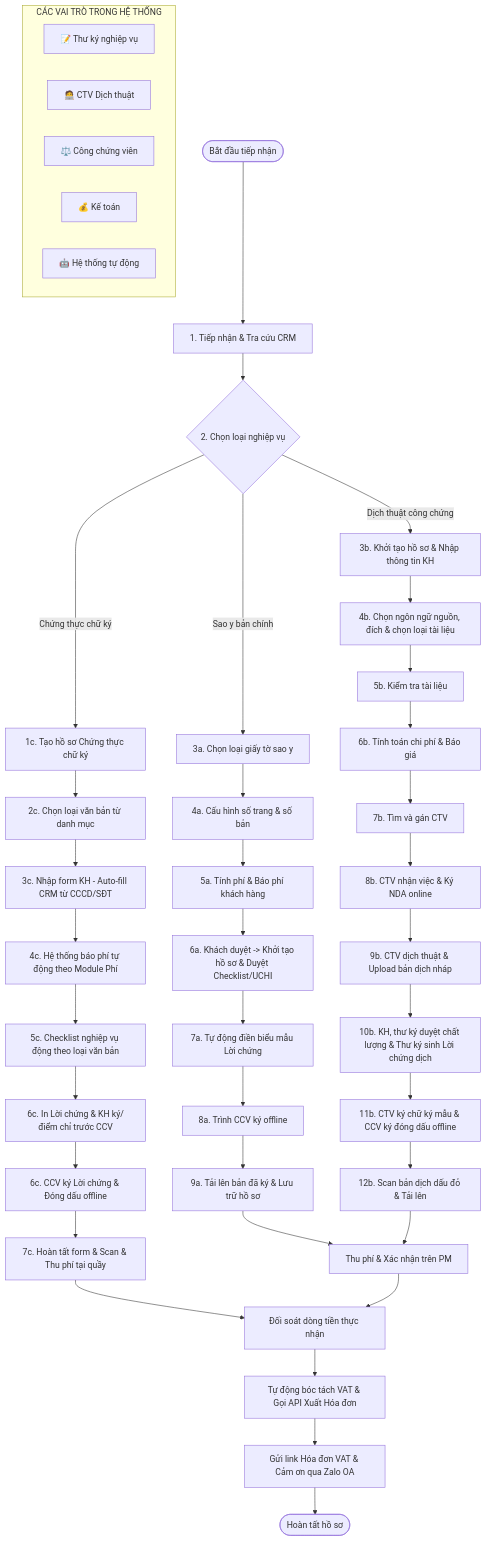
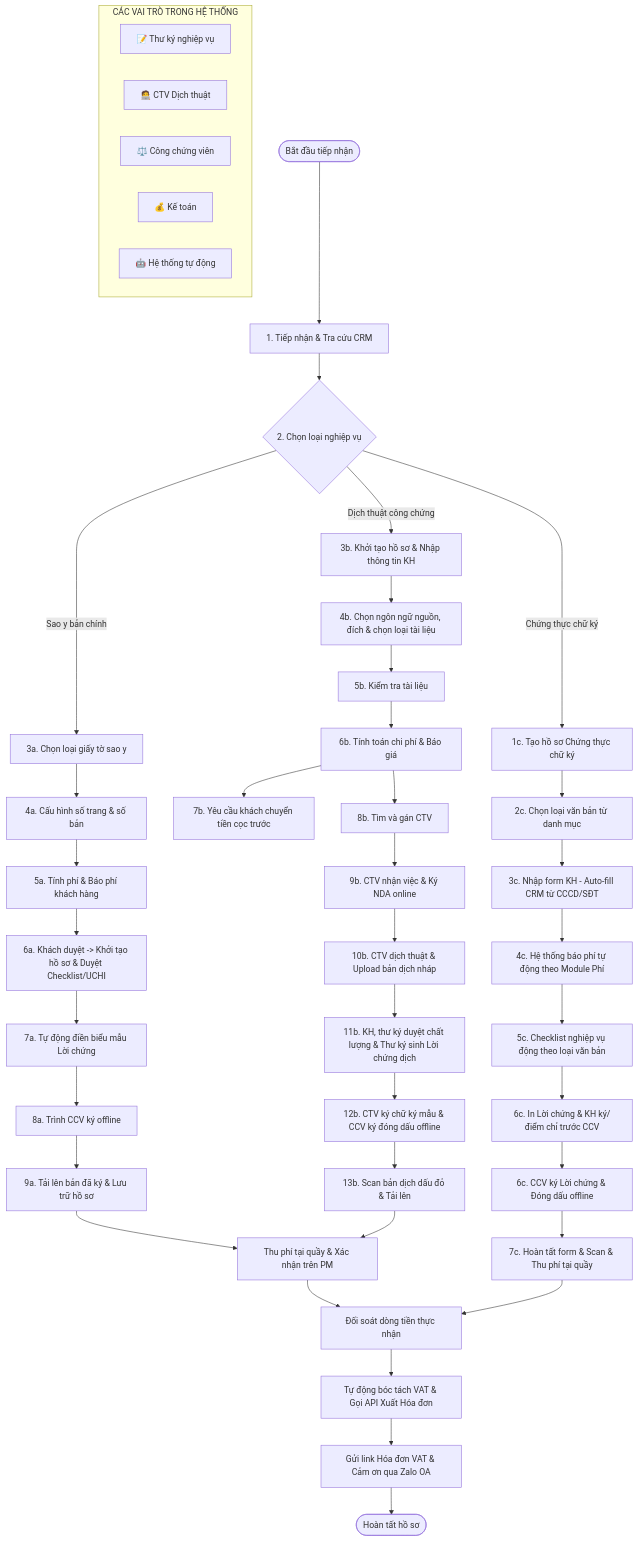
The eighth of 8 diagrams in docs/SRS_VPCC.md (MinhHoang22/SRS_VPCC), drawn with Mermaid before and after one commit.

Commit message:
duc-commit

````diff
--- a/docs/SRS_VPCC.md
+++ b/docs/SRS_VPCC.md
@@ -503,56 +503,57 @@
 ```mermaid
 flowchart TD
     subgraph Roles ["CÁC VAI TRÒ TRONG HỆ THỐNG"]
         direction LR
         R_Sec["📝 Thư ký nghiệp vụ"]
         R_CTV["🧑‍💻 CTV Dịch thuật"]
         R_CCV["⚖️ Công chứng viên"]
         R_Acc["💰 Kế toán"]
         R_Sys["🤖 Hệ thống tự động"]
     end
 
     %% General Workflow Sequence
     Start([Bắt đầu tiếp nhận]) --> Input[1. Tiếp nhận & Tra cứu CRM]
     Input --> ChooseBranch{2. Chọn loại nghiệp vụ}
 
     %% Branch 1: Sao y
     ChooseBranch -- Sao y bản chính --> SY_DocType[3a. Chọn loại giấy tờ sao y]
     SY_DocType --> SY_Config[4a. Cấu hình số trang & số bản]
     SY_Config --> SY_Calc[5a. Tính phí & Báo phí khách hàng]
     SY_Calc --> SY_Init[6a. Khách duyệt -> Khởi tạo hồ sơ & Duyệt Checklist/UCHI]
     SY_Init --> SY_Template[7a. Tự động điền biểu mẫu Lời chứng]
     SY_Template --> CCV_Sign_SY[8a. Trình CCV ký offline]
     CCV_Sign_SY --> SY_Scan[9a. Tải lên bản đã ký & Lưu trữ hồ sơ]
 
     %% Branch 2: Dịch thuật
     ChooseBranch -- Dịch thuật công chứng --> DT_Input[3b. Khởi tạo hồ sơ & Nhập thông tin KH]
     DT_Input --> DT_Config[4b. Chọn ngôn ngữ nguồn, đích & chọn loại tài liệu]
     DT_Config --> DT_CHECKLIST[5b. Kiểm tra tài liệu]
     DT_CHECKLIST --> DT_CALCULATE[6b. Tính toán chi phí & Báo giá]
-    DT_CALCULATE --> DT_SEARCH[7b. Tìm và gán CTV]
-    DT_SEARCH -->  DT_Assign[8b. CTV nhận việc & Ký NDA online]
-    DT_Assign --> DT_Translate[9b. CTV dịch thuật & Upload bản dịch nháp]
-    DT_Translate --> DT_Check[10b. KH, thư ký duyệt chất lượng & Thư ký sinh Lời chứng dịch]
-    DT_Check --> CTV_Sign_DT[11b. CTV ký chữ ký mẫu & CCV ký đóng dấu offline]
-    CTV_Sign_DT --> DT_Scan[12b. Scan bản dịch dấu đỏ & Tải lên]
+    DT_CALCULATE --> DT_DEPOSIT[7b. Yêu cầu khách chuyển tiền cọc trước]
+    DT_CALCULATE --> DT_SEARCH[8b. Tìm và gán CTV]
+    DT_SEARCH -->  DT_Assign[9b. CTV nhận việc & Ký NDA online]
+    DT_Assign --> DT_Translate[10b. CTV dịch thuật & Upload bản dịch nháp]
+    DT_Translate --> DT_Check[11b. KH, thư ký duyệt chất lượng & Thư ký sinh Lời chứng dịch]
+    DT_Check --> CTV_Sign_DT[12b. CTV ký chữ ký mẫu & CCV ký đóng dấu offline]
+    CTV_Sign_DT --> DT_Scan[13b. Scan bản dịch dấu đỏ & Tải lên]
 
     %% Branch 3: Chứng thực chữ ký (7 bước mới)
     ChooseBranch -- Chứng thực chữ ký --> CT_Create[1c. Tạo hồ sơ Chứng thực chữ ký]
     CT_Create --> CT_DocType[2c. Chọn loại văn bản từ danh mục]
     CT_DocType --> CT_CRM[3c. Nhập form KH - Auto-fill CRM từ CCCD/SĐT]
     CT_CRM --> CT_Fee[4c. Hệ thống báo phí tự động theo Module Phí]
     CT_Fee --> CT_Checklist[5c. Checklist nghiệp vụ động theo loại văn bản]
     CT_Checklist --> CT_Print[6c. In Lời chứng & KH ký/điểm chỉ trước CCV]
     CT_Print --> CCV_Sign_CT[6c. CCV ký Lời chứng & Đóng dấu offline]
     CCV_Sign_CT --> CT_Complete[7c. Hoàn tất form & Scan & Thu phí tại quầy]
 
     %% Common End Phase
-    SY_Scan --> CollectFee[Thu phí & Xác nhận trên PM]
+    SY_Scan --> CollectFee[Thu phí tại quầy & Xác nhận trên PM]
     DT_Scan --> CollectFee
     CT_Complete --> AccReconcile
 
     CollectFee --> AccReconcile[Đối soát dòng tiền thực nhận]
     AccReconcile --> SysInvoice[Tự động bóc tách VAT & Gọi API Xuất Hóa đơn]
     SysInvoice --> ZaloSend[Gửi link Hóa đơn VAT & Cảm ơn qua Zalo OA]
     ZaloSend --> EndNode([Hoàn tất hồ sơ])
 ```
````
